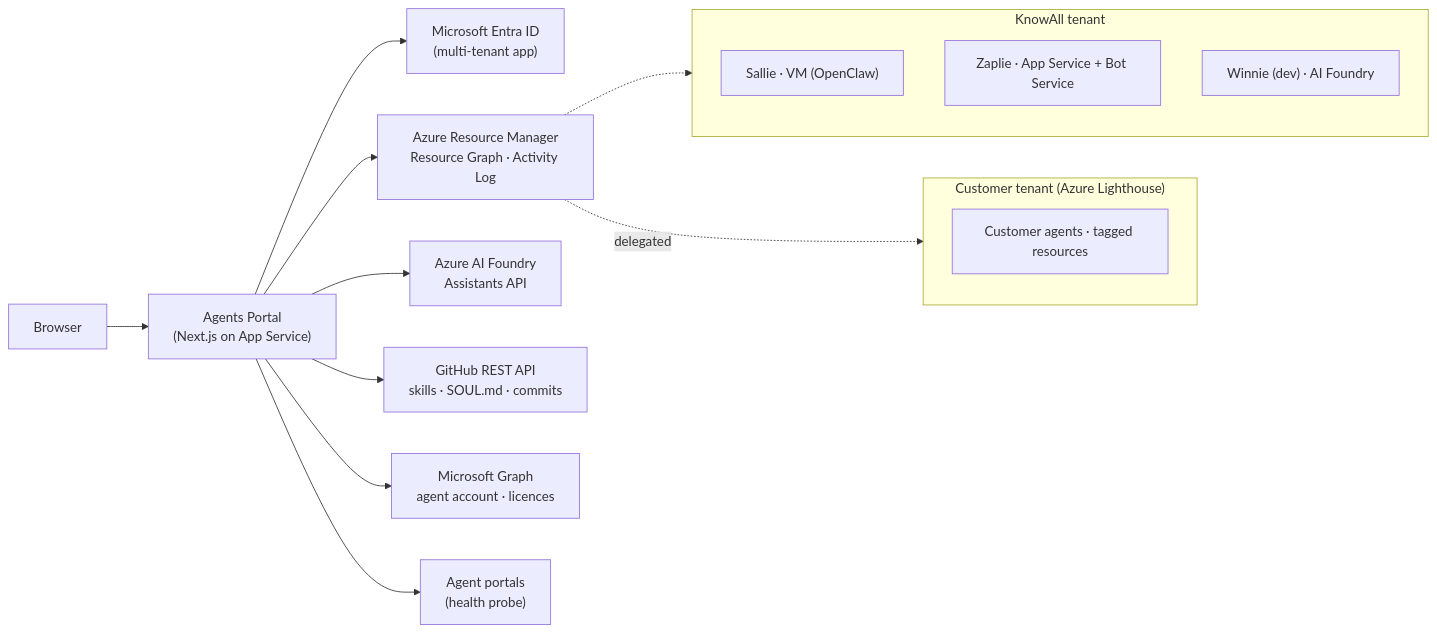
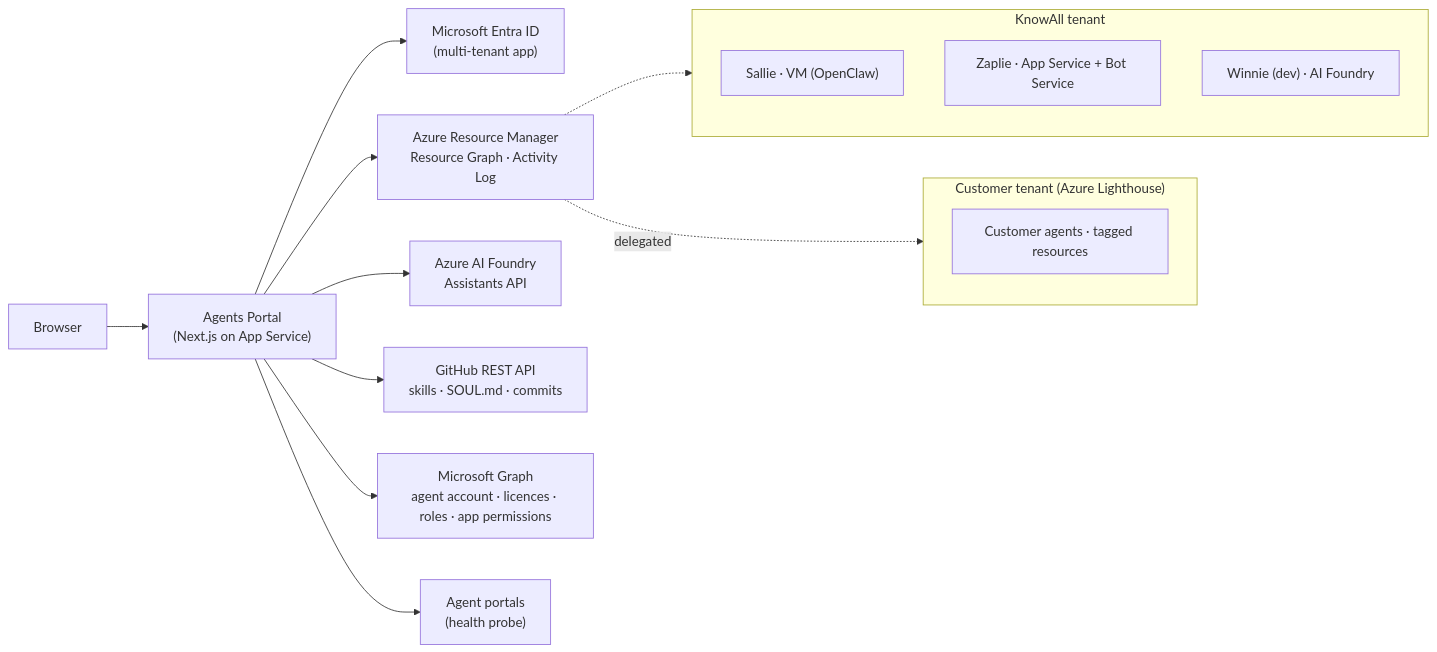
The diagram in docs/SOLUTION_DESIGN.adoc (knowall-ai/agents-portal), drawn with Mermaid before and after one commit. The commit also changed 18 other files, not shown here.

First line of the commit message:
feat: Permissions card on the agent page

```diff
--- a/docs/SOLUTION_DESIGN.adoc
+++ b/docs/SOLUTION_DESIGN.adoc
@@ -14,22 +14,22 @@
 [mermaid]
 ....
 flowchart LR
     Browser["Browser"] --> App["Agents Portal<br/>(Next.js on App Service)"]
     App --> Entra["Microsoft Entra ID<br/>(multi-tenant app)"]
     App --> ARM["Azure Resource Manager<br/>Resource Graph · Activity Log"]
     App --> Foundry["Azure AI Foundry<br/>Assistants API"]
     App --> GitHub["GitHub REST API<br/>skills · SOUL.md · commits"]
-    App --> Graph["Microsoft Graph<br/>agent account · licences"]
+    App --> Graph["Microsoft Graph<br/>agent account · licences · roles · app permissions"]
     App --> Portal["Agent portals<br/>(health probe)"]
 
     subgraph KnowAll["KnowAll tenant"]
         Sallie["Sallie · VM (OpenClaw)"]
         Zaplie["Zaplie · App Service + Bot Service"]
         Winnie["Winnie (dev) · AI Foundry"]
     end
     subgraph Customer["Customer tenant (Azure Lighthouse)"]
         CustomerAgents["Customer agents · tagged resources"]
     end
     ARM -.-> KnowAll
     ARM -.->|delegated| Customer
 ....
```
